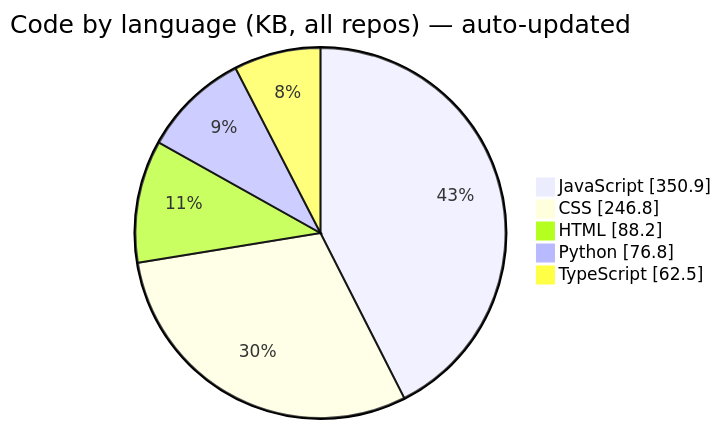
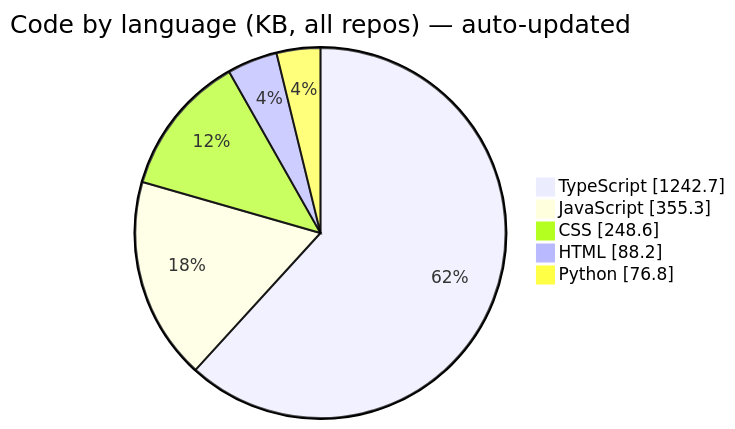
The third of 6 diagrams in README.md (Manashjyoti-Bora/Manashjyoti-Bora), drawn with Mermaid before and after one commit. The commit also changed other lines of this file and 2 other files, not shown here.

````diff
--- a/README.md
+++ b/README.md
@@ -196,9 +196,9 @@
 ```mermaid
 pie showData
     title Code by language (KB, all repos) — auto-updated
-    "JavaScript" : 350.9
-    "CSS" : 246.8
+    "TypeScript" : 1242.7
+    "JavaScript" : 355.3
+    "CSS" : 248.6
     "HTML" : 88.2
     "Python" : 76.8
-    "TypeScript" : 62.5
 ```
````
